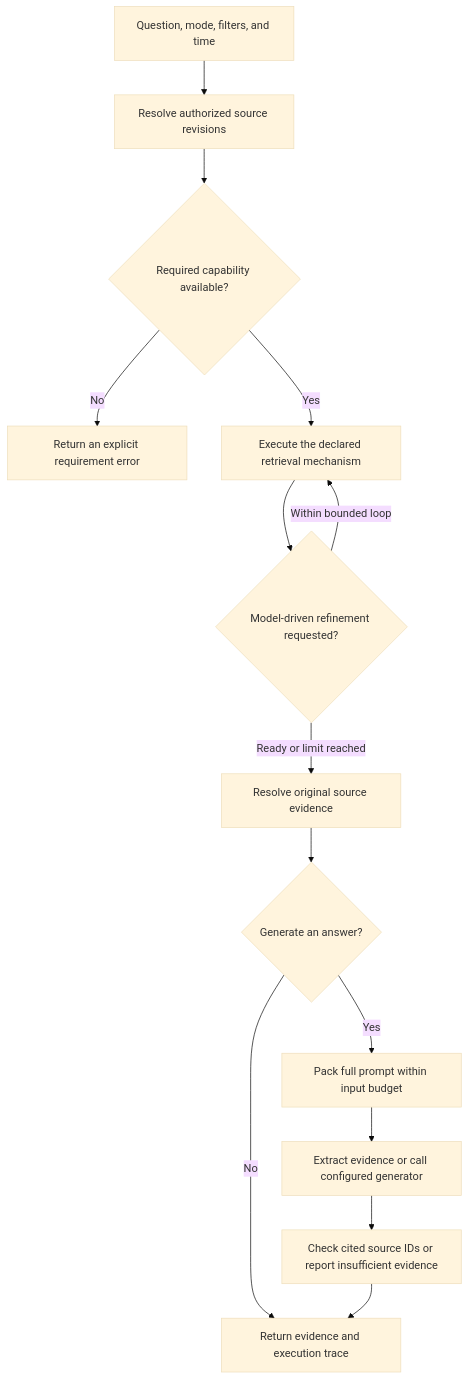
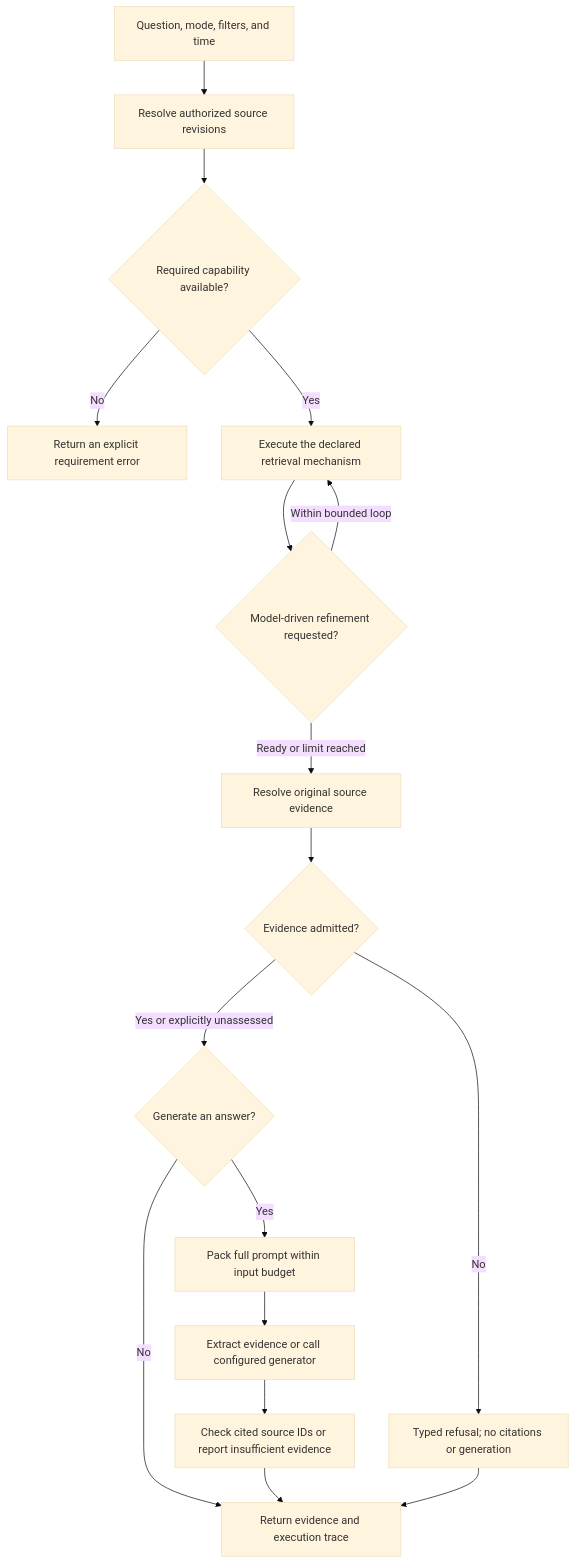
The third of 3 diagrams in README.md (MasterLKH180cm/RAGs), drawn with Mermaid (base theme) before and after one commit. The commit also changed other lines of this file and 44 other files, not shown here.

Commit message:
feat: enforce typed evidence admission and execute pinned research engines

````diff
--- a/README.md
+++ b/README.md
@@ -141,16 +143,19 @@
 ```mermaid
 flowchart TD
     Query["Question, mode, filters, and time"] --> Scope["Resolve authorized source revisions"]
     Scope --> Ready{"Required capability available?"}
     Ready -->|No| Error["Return an explicit requirement error"]
     Ready -->|Yes| Retrieve["Execute the declared retrieval mechanism"]
     Retrieve --> Review{"Model-driven refinement requested?"}
     Review -->|Within bounded loop| Retrieve
     Review -->|Ready or limit reached| Evidence["Resolve original source evidence"]
-    Evidence --> Generate{"Generate an answer?"}
+    Evidence --> Admission{"Evidence admitted?"}
+    Admission -->|No| Refusal["Typed refusal; no citations or generation"]
+    Admission -->|Yes or explicitly unassessed| Generate{"Generate an answer?"}
     Generate -->|No| Result["Return evidence and execution trace"]
     Generate -->|Yes| Pack["Pack full prompt within input budget"]
     Pack --> Answer["Extract evidence or call configured generator"]
     Answer --> Validate["Check cited source IDs or report insufficient evidence"]
     Validate --> Result
+    Refusal --> Result
 ```
````
